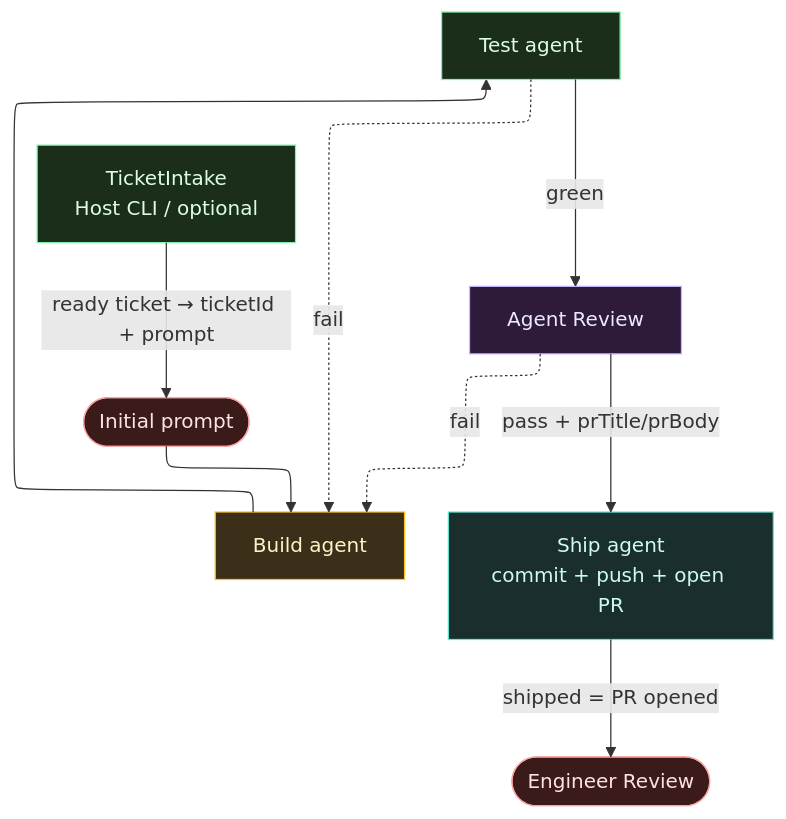
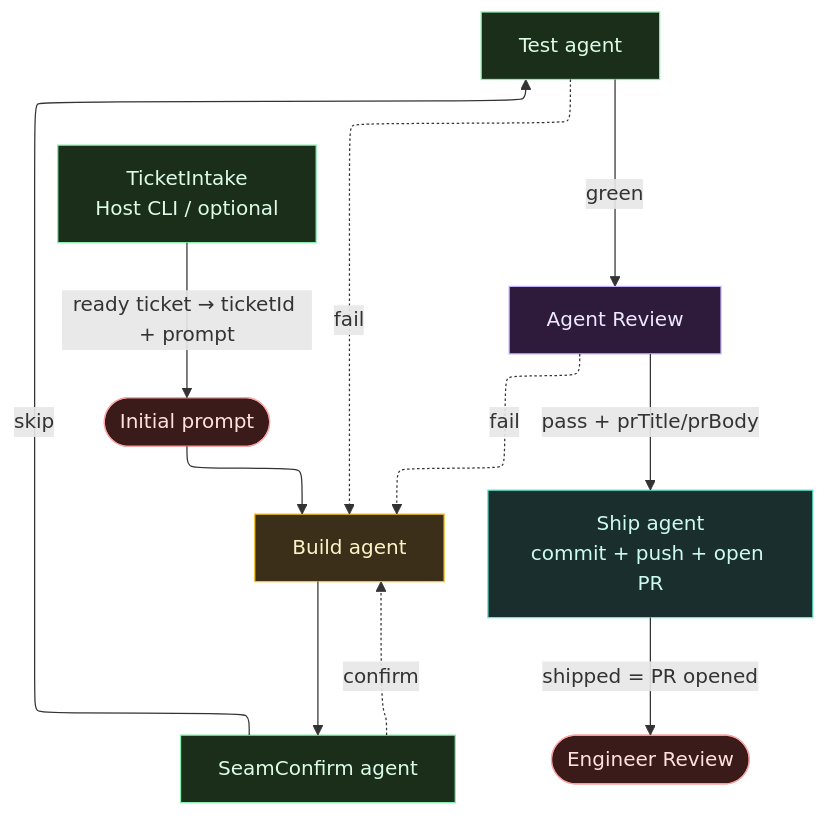
Before and after one commit to luchillo17/lazy-software-factory: the diagram in docs/adr/0007-minimal-adw-build-test-review.md, drawn with Mermaid. The commit also changed other lines of this file and 15 other files, not shown here.

First line of the commit message:
feat(adw): add SeamConfirm Code agent

````diff
--- a/docs/adr/0007-minimal-adw-build-test-review.md
+++ b/docs/adr/0007-minimal-adw-build-test-review.md
@@ -15,33 +15,36 @@
 ```mermaid
 %%{init: {"flowchart": {"defaultRenderer": "elk"}} }%%
 flowchart TB
   TicketIntake["TicketIntake\nHost CLI / optional"]
   Prompt(["Initial prompt"])
   Build["Build agent"]
+  SeamConfirm["SeamConfirm agent"]
   Test["Test agent"]
   AgentReview["Agent Review"]
   Ship["Ship agent\ncommit + push + open PR"]
   EngineerReview(["Engineer Review"])
 
   TicketIntake -->|"ready ticket → ticketId + prompt"| Prompt
-  Prompt --> Build --> Test
+  Prompt --> Build --> SeamConfirm
+  SeamConfirm -->|skip| Test
   Test -->|green| AgentReview
   AgentReview -->|"pass + prTitle/prBody"| Ship
   Ship -->|"shipped = PR opened"| EngineerReview
 
+  SeamConfirm -.->|confirm| Build
   Test -.->|fail| Build
   AgentReview -.->|fail| Build
 
   classDef human fill:#3b1a1a,stroke:#fca5a5,color:#fee2e2
   classDef llm fill:#3b2f1a,stroke:#fbbf24,color:#fef3c7
   classDef gate fill:#1a2e1a,stroke:#86efac,color:#dcfce7
   classDef agent fill:#2e1a3b,stroke:#c4b5fd,color:#ede9fe
   classDef ship fill:#1a2e2e,stroke:#5eead4,color:#ccfbf1
 
   class Prompt,EngineerReview human
   class TicketIntake gate
   class Build llm
-  class Test gate
+  class Test,SeamConfirm gate
   class AgentReview agent
   class Ship ship
 ```
````
